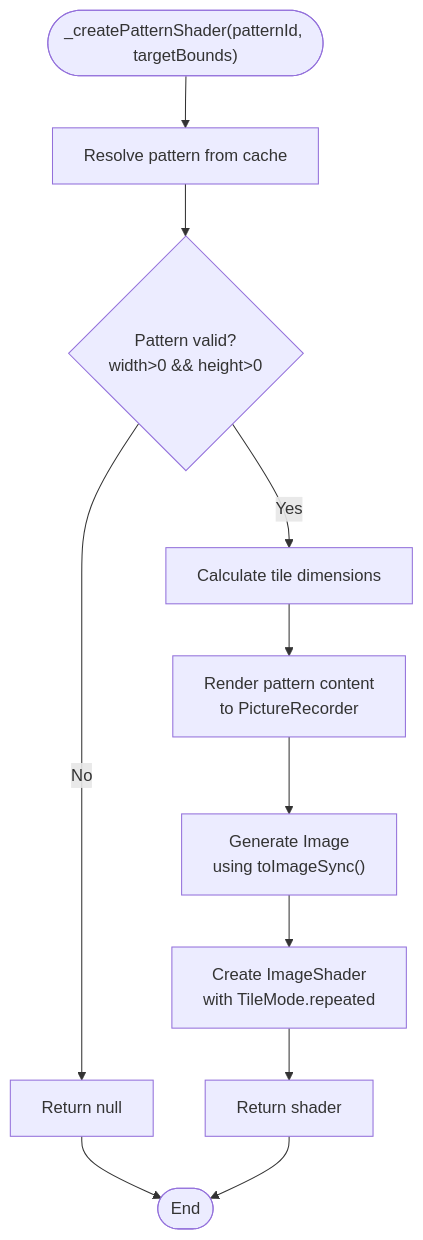
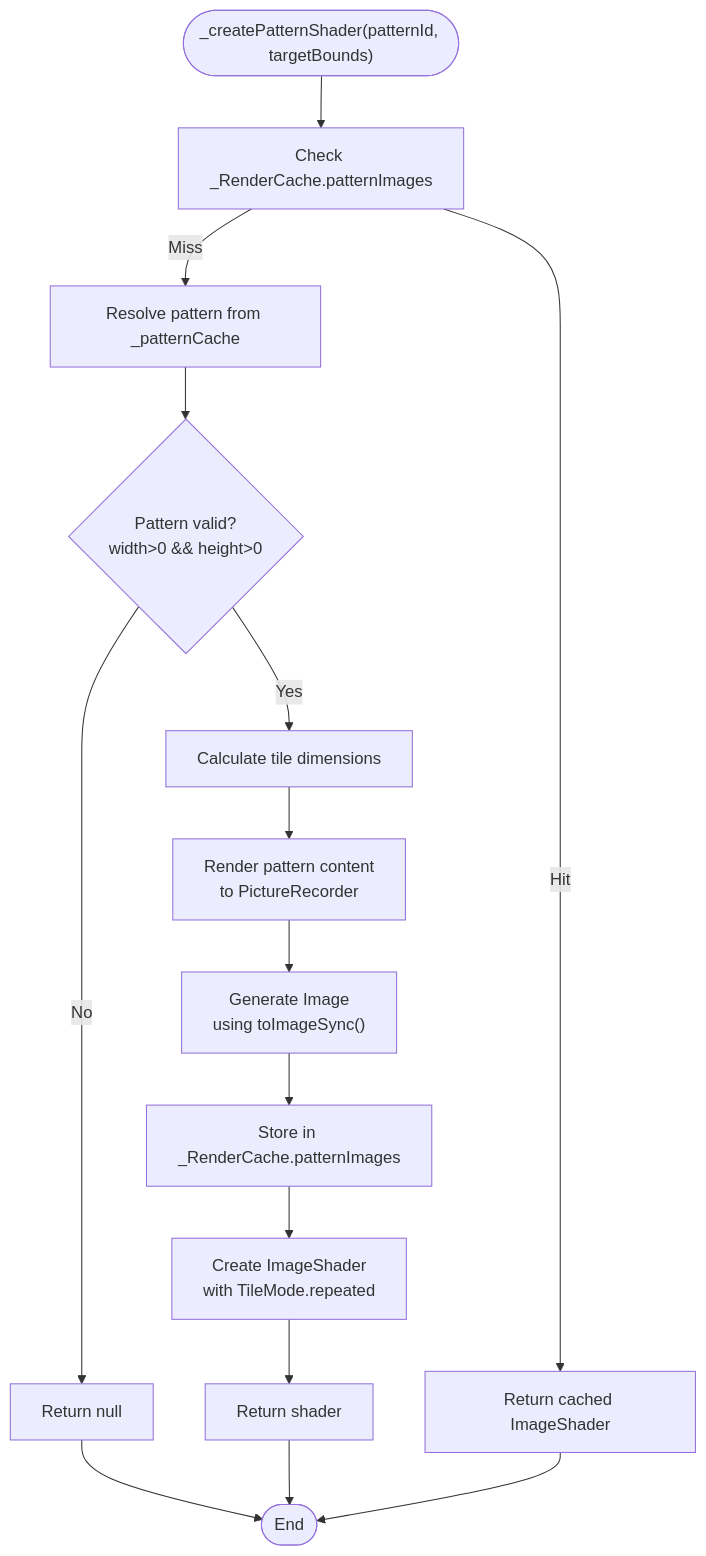
Before and after one commit to denisnadey/flutter_full_svg_support: diagram 11 of 12 in .qoder/repowiki/en/content/Static SVG Rendering/Performance Optimization.md, drawn with Mermaid. The commit also changed other lines of this file and 65 other files, not shown here.

````diff
--- a/.qoder/repowiki/en/content/Static SVG Rendering/Performance Optimization.md
+++ b/.qoder/repowiki/en/content/Static SVG Rendering/Performance Optimization.md
@@ -320,13 +453,17 @@
 ```mermaid
 flowchart TD
-Start(["_createPatternShader(patternId, targetBounds)"]) --> Resolve["Resolve pattern from cache"]
+Start(["_createPatternShader(patternId, targetBounds)"]) --> CacheLookup["Check _RenderCache.patternImages"]
+CacheLookup --> |Hit| ReturnCached["Return cached ImageShader"]
+CacheLookup --> |Miss| Resolve["Resolve pattern from _patternCache"]
 Resolve --> CheckValid{"Pattern valid?<br/>width>0 && height>0"}
 CheckValid --> |No| ReturnNull["Return null"]
 CheckValid --> |Yes| CalcTile["Calculate tile dimensions"]
 CalcTile --> RenderContent["Render pattern content<br/>to PictureRecorder"]
 RenderContent --> GenerateImage["Generate Image<br/>using toImageSync()"]
-GenerateImage --> CreateShader["Create ImageShader<br/>with TileMode.repeated"]
+GenerateImage --> StoreCache["Store in _RenderCache.patternImages"]
+StoreCache --> CreateShader["Create ImageShader<br/>with TileMode.repeated"]
 CreateShader --> ReturnShader["Return shader"]
 ReturnNull --> End(["End"])
 ReturnShader --> End
+ReturnCached --> End
 ```
````
